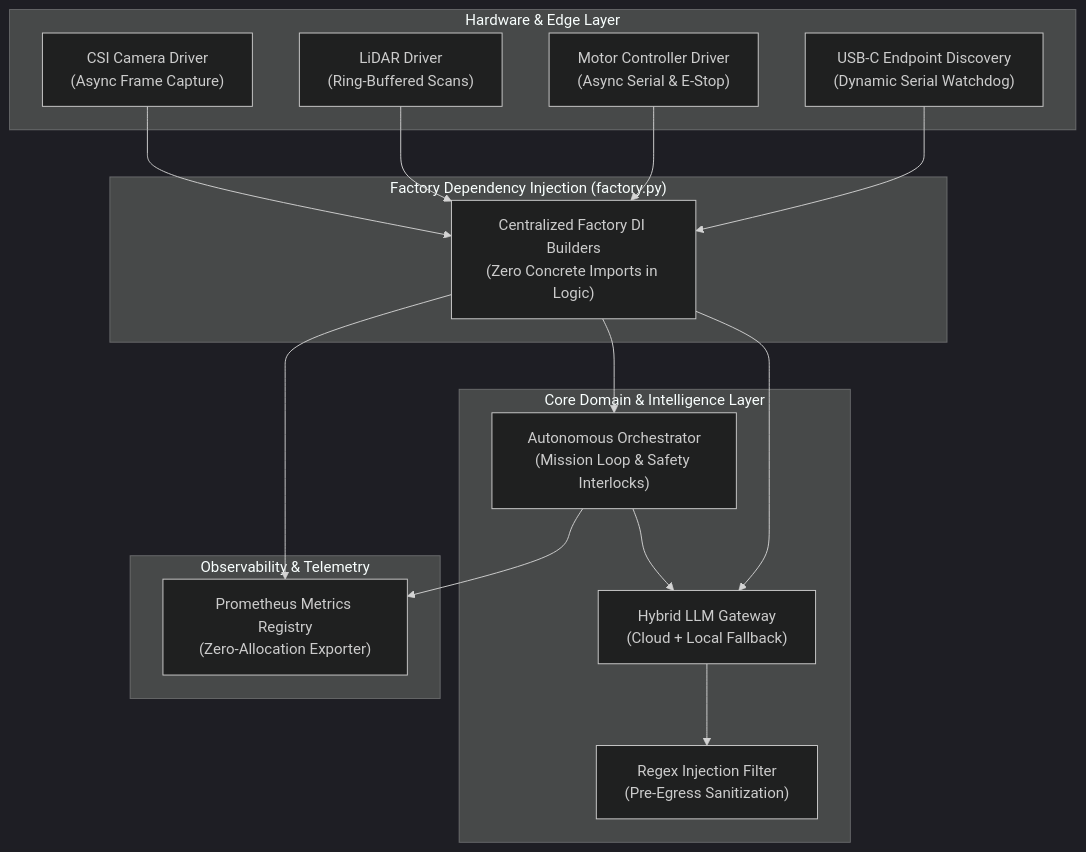
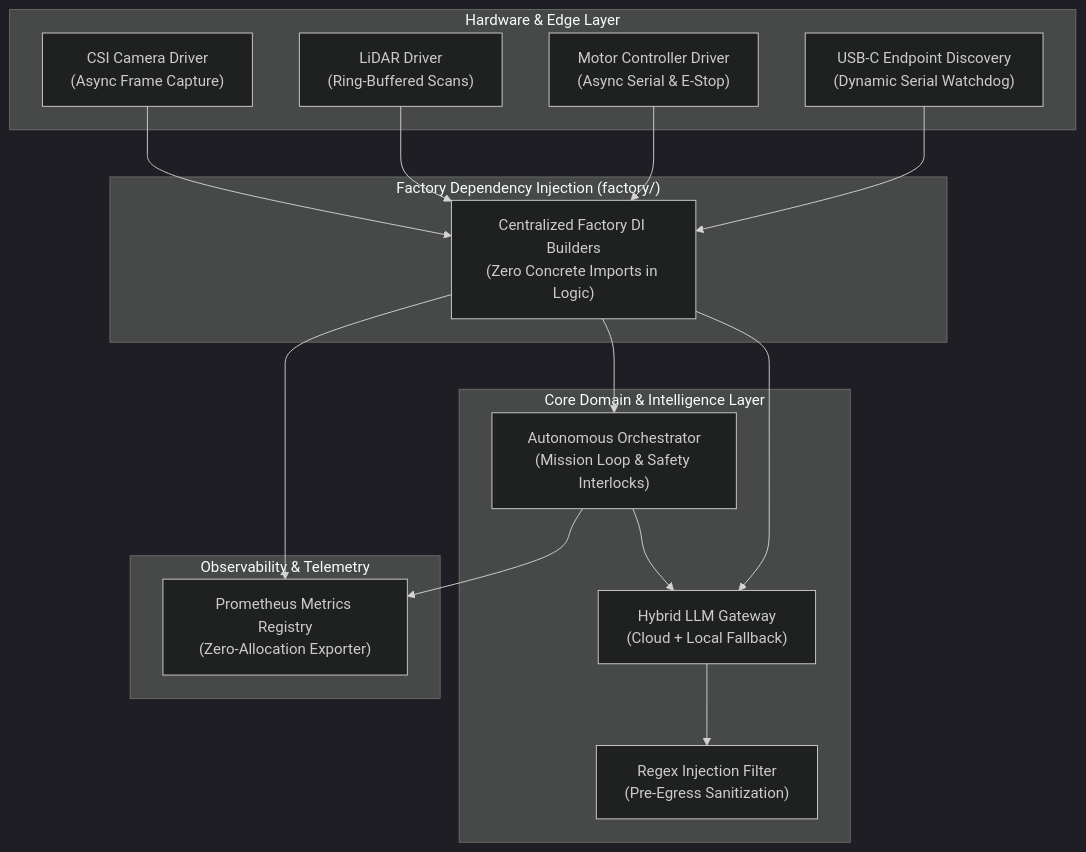
Before and after one commit to ianshank/Mouse-Droid-AGI: the diagram in docs/architecture/autonomous-hardened-architecture.md, drawn with Mermaid (dark theme). The commit also changed other lines of this file and 81 other files, not shown here.

````diff
--- a/docs/architecture/autonomous-hardened-architecture.md
+++ b/docs/architecture/autonomous-hardened-architecture.md
@@ -5,34 +5,34 @@
 ```mermaid
 graph TD
     subgraph "Hardware & Edge Layer"
         HW_USBC["USB-C Endpoint Discovery<br/>(Dynamic Serial Watchdog)"]
         HW_MOTOR["Motor Controller Driver<br/>(Async Serial & E-Stop)"]
         HW_LIDAR["LiDAR Driver<br/>(Ring-Buffered Scans)"]
         HW_CAM["CSI Camera Driver<br/>(Async Frame Capture)"]
     end
 
-    subgraph "Factory Dependency Injection (factory.py)"
+    subgraph "Factory Dependency Injection (factory/)"
         F_DI["Centralized Factory DI Builders<br/>(Zero Concrete Imports in Logic)"]
     end
 
     subgraph "Core Domain & Intelligence Layer"
         ORCH["Autonomous Orchestrator<br/>(Mission Loop & Safety Interlocks)"]
         LLM_GW["Hybrid LLM Gateway<br/>(Cloud + Local Fallback)"]
         SEC_FILT["Regex Injection Filter<br/>(Pre-Egress Sanitization)"]
     end
 
     subgraph "Observability & Telemetry"
         PROM["Prometheus Metrics Registry<br/>(Zero-Allocation Exporter)"]
     end
 
     HW_USBC --> F_DI
     HW_MOTOR --> F_DI
     HW_LIDAR --> F_DI
     HW_CAM --> F_DI
     F_DI --> ORCH
     F_DI --> LLM_GW
     F_DI --> PROM
     LLM_GW --> SEC_FILT
     ORCH --> LLM_GW
     ORCH --> PROM
 ```
````
